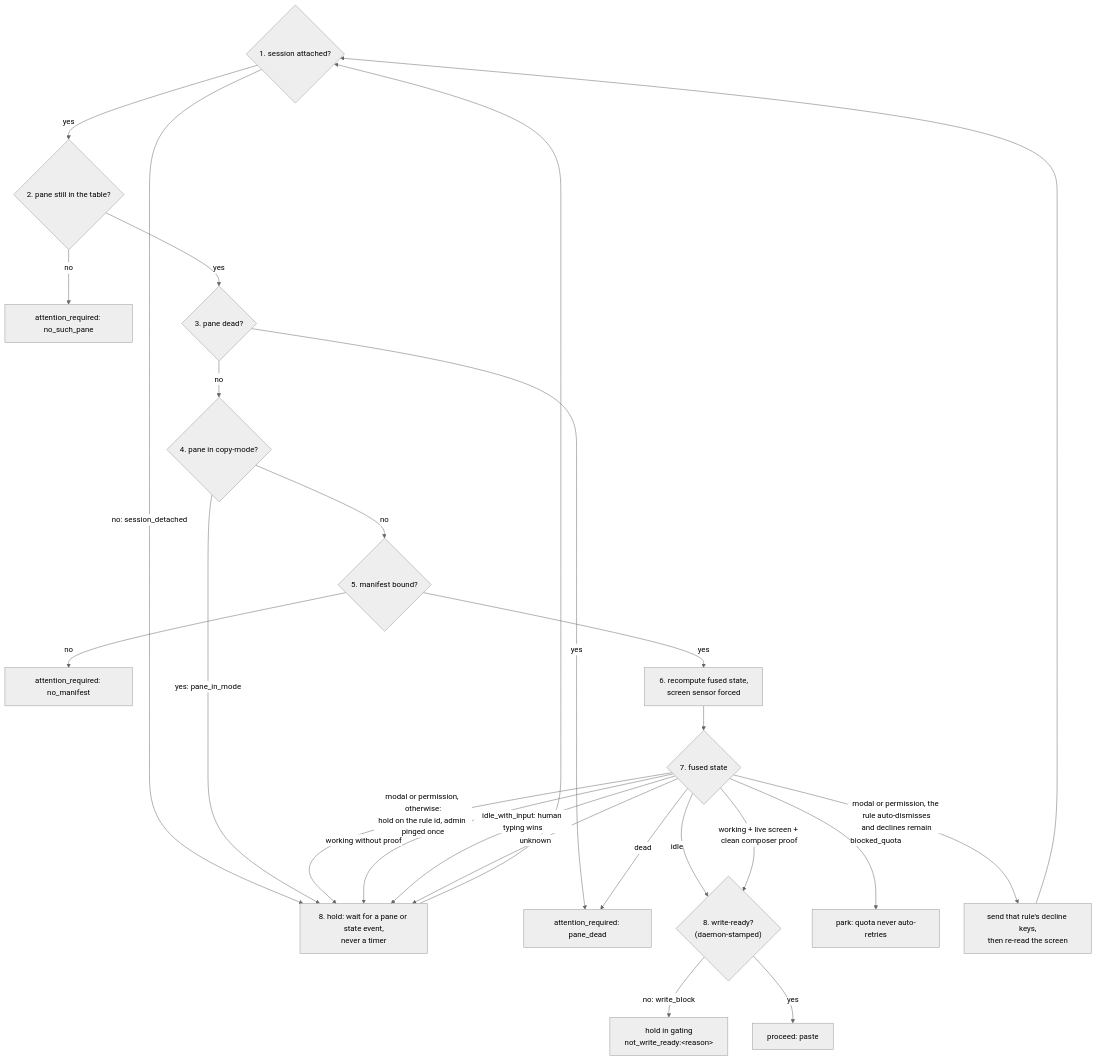
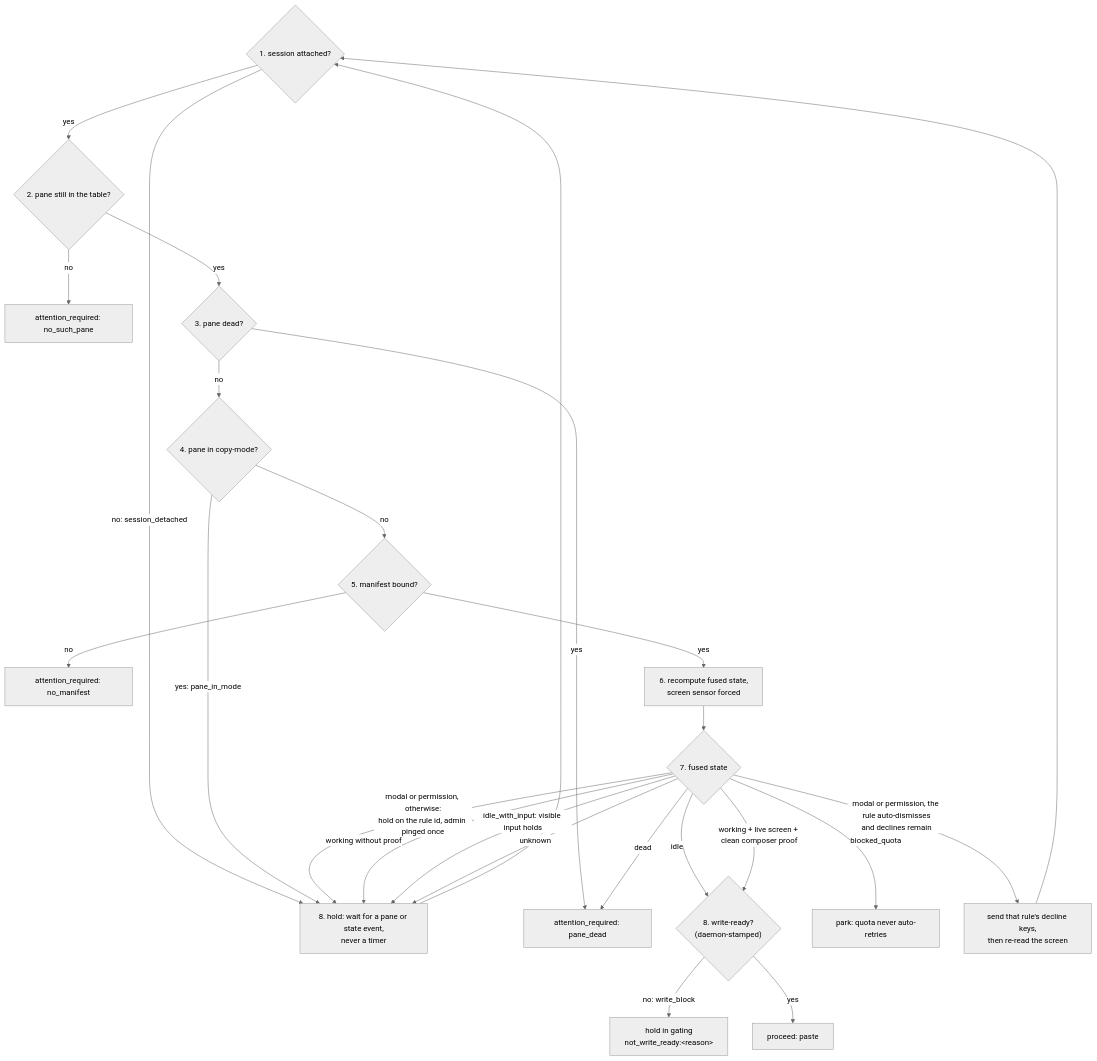
Before and after one commit to cyclops-team/cyclops: the sixth of 10 diagrams in docs/development/ARCHITECTURE.md, drawn with Mermaid (neutral theme). The commit also changed 16 other files, not shown here.

````diff
--- a/docs/development/ARCHITECTURE.md
+++ b/docs/development/ARCHITECTURE.md
@@ -227,27 +227,27 @@
 ```mermaid
 flowchart TD
     s1{"1. session attached?"} -->|"no: session_detached"| hold
     s1 -->|yes| s2{"2. pane still in the table?"}
     s2 -->|no| gone["attention_required: no_such_pane"]
     s2 -->|yes| s3{"3. pane dead?"}
     s3 -->|yes| deadout["attention_required: pane_dead"]
     s3 -->|no| s4{"4. pane in copy-mode?"}
     s4 -->|"yes: pane_in_mode"| hold
     s4 -->|no| s5{"5. manifest bound?"}
     s5 -->|no| nomanifest["attention_required: no_manifest"]
     s5 -->|yes| s6["6. recompute fused state,<br/>screen sensor forced"]
     s6 --> s7{"7. fused state"}
     s7 -->|idle| s8{"8. write-ready?<br/>(daemon-stamped)"}
     s8 -->|"no: write_block"| holdready["hold in gating<br/>not_write_ready:&lt;reason&gt;"]
     s8 -->|yes| ok["proceed: paste"]
     s7 -->|dead| deadout
     s7 -->|blocked_quota| park["park: quota never auto-retries"]
     s7 -->|"modal or permission, the rule auto-dismisses<br/>and declines remain"| decline["send that rule's decline keys,<br/>then re-read the screen"]
     s7 -->|"modal or permission, otherwise:<br/>hold on the rule id, admin pinged once"| hold
     s7 -->|"working + live screen + clean composer proof"| s8
     s7 -->|"working without proof"| hold
-    s7 -->|"idle_with_input: human typing wins"| hold
+    s7 -->|"idle_with_input: visible input holds"| hold
     s7 -->|unknown| hold
     decline --> s1
     hold["8. hold: wait for a pane or state event,<br/>never a timer"] --> s1
 ```
````
